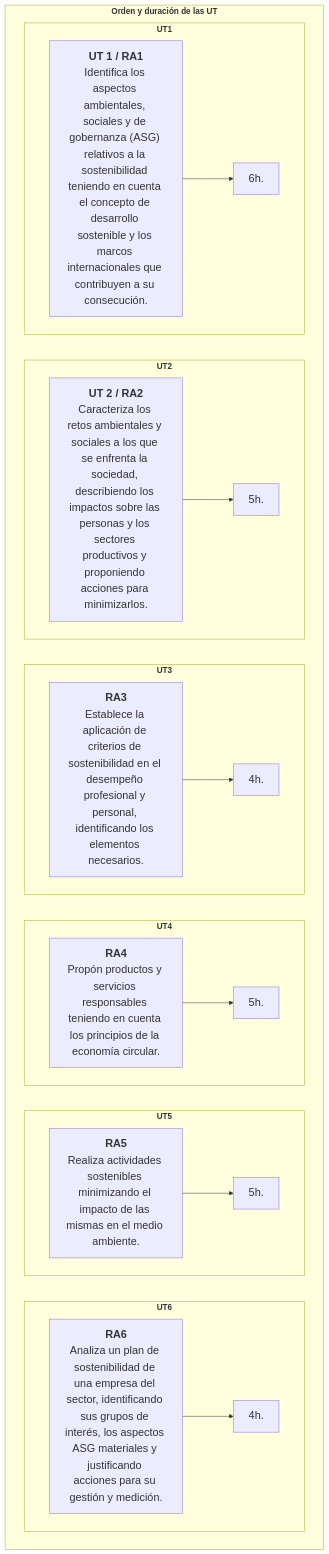
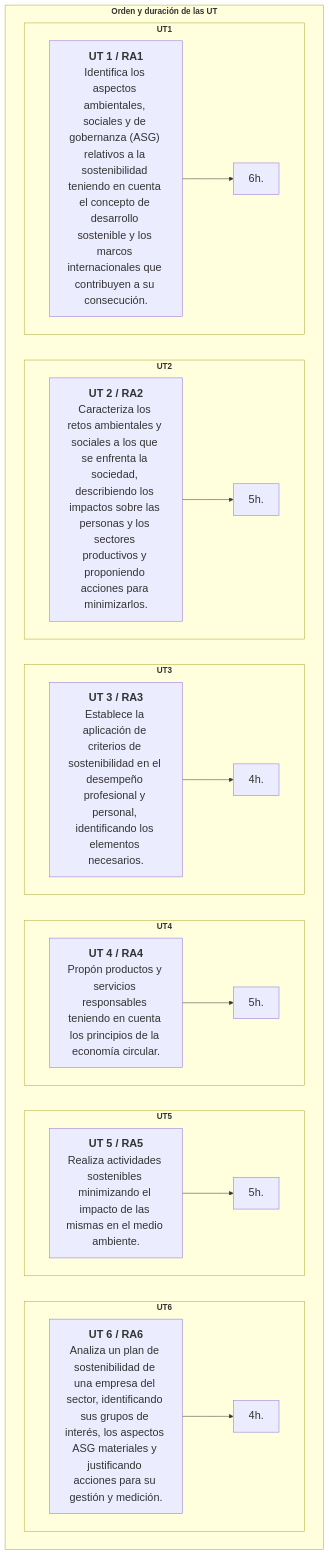
Before and after one commit to javieregeablasco/Apuntes: the diagram in docs/SMX/SMX_2/Sostenibilidad/00_Temario.md, drawn with Mermaid.

Commit message:
Sep 10, 2026, 11:26 AM

````diff
--- a/docs/SMX/SMX_2/Sostenibilidad/00_Temario.md
+++ b/docs/SMX/SMX_2/Sostenibilidad/00_Temario.md
@@ -311,67 +311,67 @@
 ```mermaid
 flowchart TB 
   A["`**UT 1 / RA1**
   Identifica los aspectos ambientales, sociales y de gobernanza (ASG) relativos a la sostenibilidad teniendo en cuenta el concepto de desarrollo sostenible y los marcos internacionales que contribuyen a su consecución.`"]
   C["`**UT 2 / RA2**
   Caracteriza los retos ambientales y sociales a los que se enfrenta la sociedad, describiendo los impactos sobre las personas y los sectores productivos y proponiendo acciones para minimizarlos.`"]
-  G["`**RA3**
+  G["`**UT 3 / RA3**
   Establece la aplicación de criterios de sostenibilidad en el desempeño profesional y personal, identificando los elementos necesarios.`"]
-  H["`**RA4**
+  H["`**UT 4 / RA4**
   Propón productos y servicios responsables teniendo en cuenta los principios de la economía circular.`"]
-  E["`**RA5**
+  E["`**UT 5 / RA5**
   Realiza actividades sostenibles minimizando el impacto de las mismas en el medio ambiente.`"]
-  D["`**RA6**
+  D["`**UT 6 / RA6**
   Analiza un plan de sostenibilidad de una empresa del sector, identificando sus grupos de interés, los aspectos ASG materiales y justificando acciones para su gestión y medición.`"]
  
 
   classDef texto font-size:1.1em;
   classDef principal font-size:1.4em;
 
   class A,B,C,D,E,F,G,H,I,J,K texto;
 
   subgraph "`**Orden y duración de las UT**`"
 
     AAA["6h."]
     CCC["5h."]
     GGG["4h."]
     HHH["5h."]
     EEE["5h."]
     DDD["4h."]
     
     subgraph "`**UT6**`" 
       direction LR
       D --> DDD 
     end
 
     subgraph "`**UT5**`" 
       direction LR
       E --> EEE 
     end
 
     subgraph "`**UT4**`" 
       direction LR
       H --> HHH 
     end 
   
     subgraph "`**UT3**`" 
       direction LR
       G --> GGG 
     end
     
     subgraph "`**UT2**`" 
       direction LR
       C --> CCC 
     end
 
     subgraph "`**UT1**`"
       direction LR
       A --> AAA 
     end
   
 
     class AA,BB,CC,DD,EE,FF,GG,HH,II,JJ,KK texto;
     class AAA,BBB,CCC,DDD,EEE,FFF,GGG,HHH,III,JJJ,KKK texto;
     
   
   end
 ```
````
